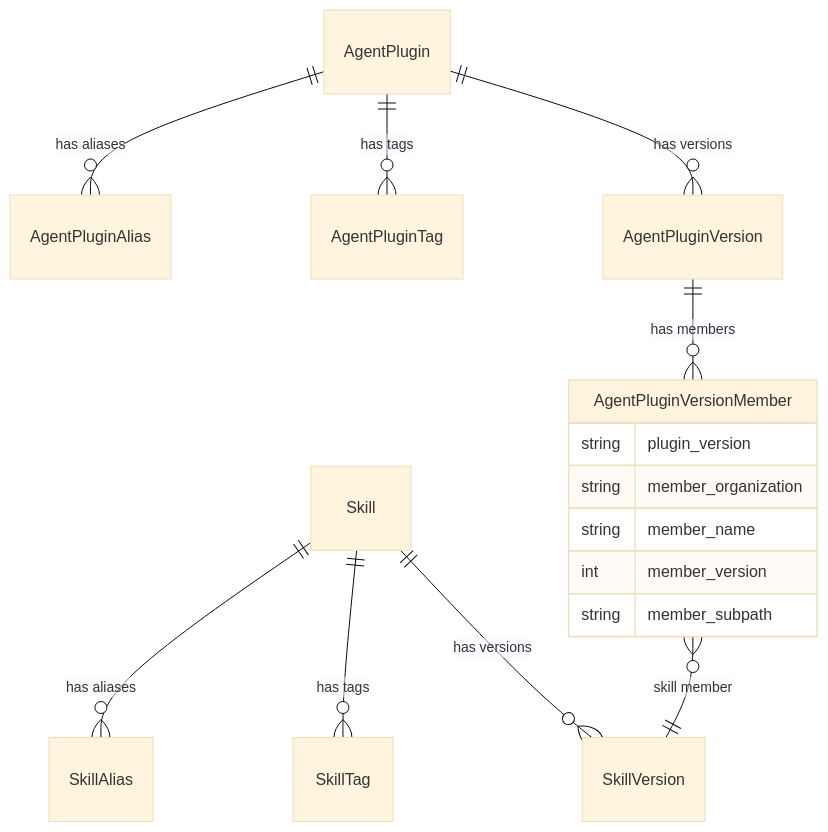
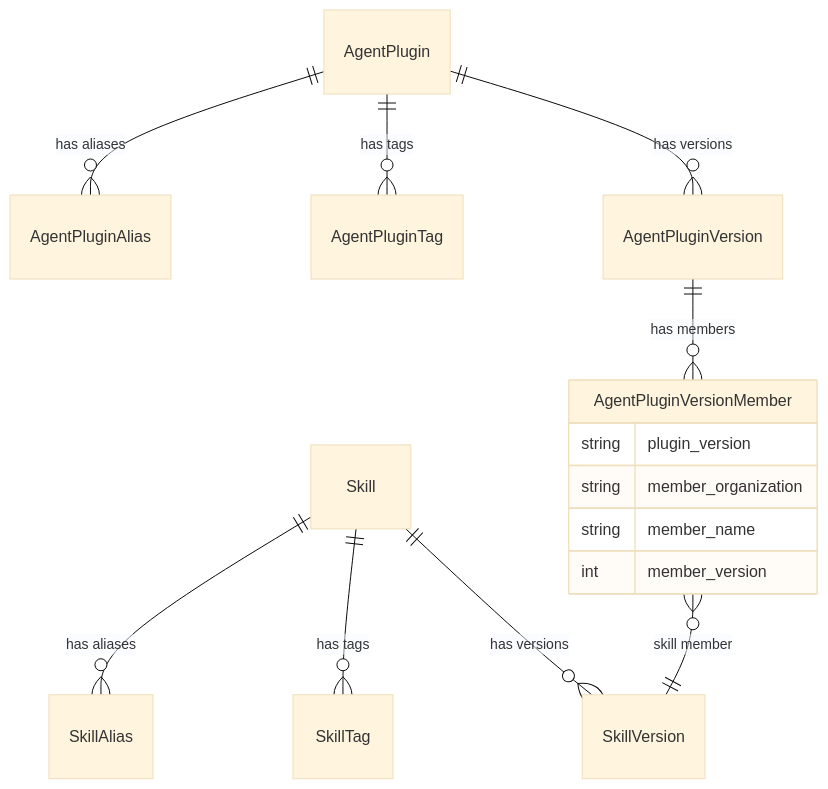
One commit to jwm4/rfcs changed the first of 2 diagrams in rfcs/0008-mvp-skill-registry/0008-mvp-skill-registry.md. Above: the diagram before and after it, drawn with Mermaid (base theme). The commit also changed other lines of this file and 1 other file, not shown here.

First line of the commit message:
Drop member_subpath column, retain subpath in URI string

````diff
--- a/rfcs/0008-mvp-skill-registry/0008-mvp-skill-registry.md
+++ b/rfcs/0008-mvp-skill-registry/0008-mvp-skill-registry.md
@@ -491,19 +491,18 @@
 ```mermaid
 erDiagram
 Skill ||--o{ SkillVersion : "has versions"
 Skill ||--o{ SkillTag : "has tags"
 Skill ||--o{ SkillAlias : "has aliases"
 AgentPlugin ||--o{ AgentPluginVersion : "has versions"
 AgentPlugin ||--o{ AgentPluginTag : "has tags"
 AgentPlugin ||--o{ AgentPluginAlias : "has aliases"
 AgentPluginVersion ||--o{ AgentPluginVersionMember : "has members"
 AgentPluginVersionMember }o--|| SkillVersion : "skill member"
 
 AgentPluginVersionMember {
   string plugin_version
   string member_organization
   string member_name
   int member_version
-  string member_subpath
 }
 ```
````
